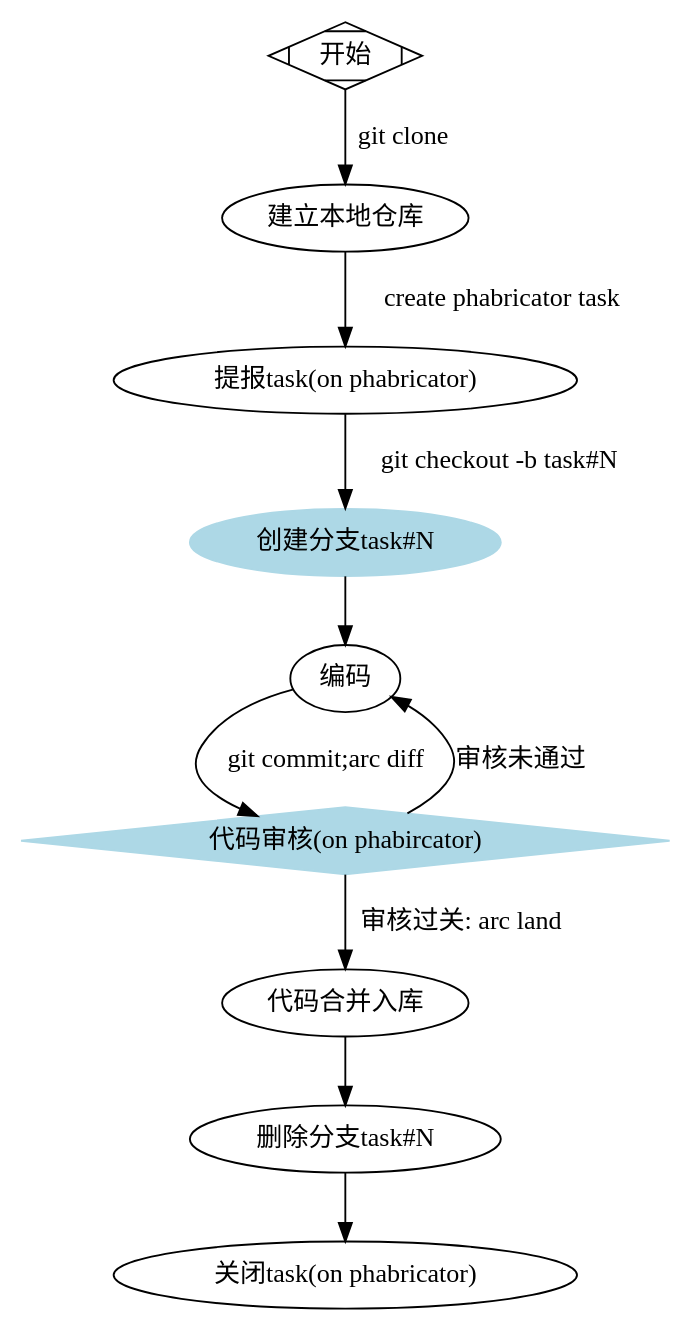
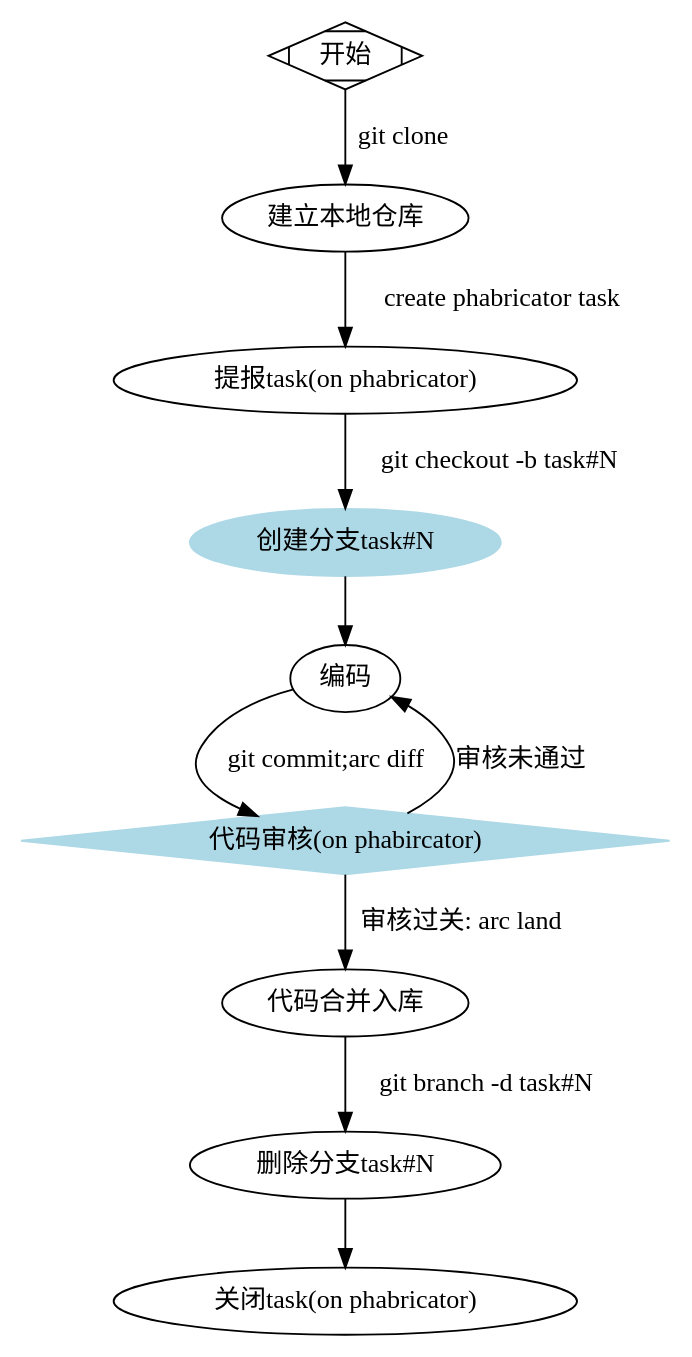
One commit to subaochen/blog changed the diagram in imgs/project-management/git-phabricator.dot. Above: the diagram before and after it, drawn with Graphviz. The commit also changed 1 other file, not shown here.

```diff
--- a/imgs/project-management/git-phabricator.dot
+++ b/imgs/project-management/git-phabricator.dot
@@ -1,24 +1,25 @@
 digraph G {
     begin[label = "开始", shape=Mdiamond];
     local_repo[label = "建立本地仓库"];
     create_issue[label = "提报task(on phabricator)"];
     create_branch[label = "创建分支task#N",color="lightblue",style=filled];
     coding[label="编码"];
     code_review[label = "代码审核(on phabircator)",shape=diamond,color="lightblue",style=filled];
     code_merge[label = "代码合并入库"];
     remove_branch[label="删除分支task#N"];
     close_issue[label="关闭task(on phabricator)"];
 
 
 
     begin->local_repo[label = "git clone"];
     local_repo->create_issue[label = "create phabricator task"];
     create_issue->create_branch[label="git checkout -b task#N"];
     create_branch->coding;
     coding->code_review[label="git commit;arc diff"];
     code_review->code_merge[label="审核过关: arc land"];
-    code_merge->remove_branch->close_issue;
+    code_merge->remove_branch[label="git branch -d task#N"];
+    remove_branch->close_issue;
 
     code_review->coding[label="审核未通过"];
 
 }
```
